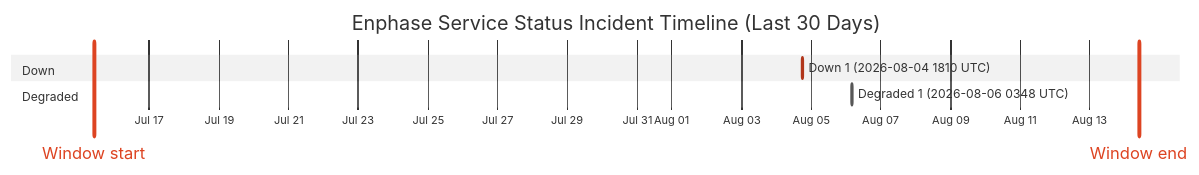
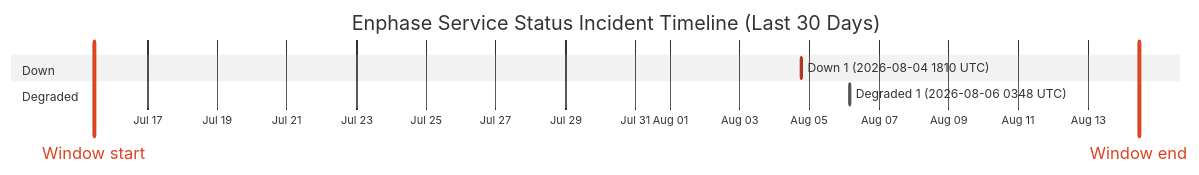
Before and after one commit to barneyonline/ha-enphase-energy: the diagram in wiki/Service-Status-History.md, drawn with Mermaid (neutral theme). The commit also changed other lines of this file and 3 other files, not shown here.

````diff
--- a/wiki/Service-Status-History.md
+++ b/wiki/Service-Status-History.md
@@ -14,12 +14,12 @@
 ```mermaid
 gantt
     title Enphase Service Status Incident Timeline (Last 30 Days)
     dateFormat  YYYY-MM-DDTHH:mm:ss
     axisFormat  %b %d
-    Window start :vert, window-start, 2026-07-15T09:58:37, 0ms
-    Window end :vert, window-end, 2026-08-14T09:58:37, 0ms
+    Window start :vert, window-start, 2026-07-15T11:02:36, 0ms
+    Window end :vert, window-end, 2026-08-14T11:02:36, 0ms
     section Down
     Down 1 (2026-08-04 1810 UTC) :crit, down-1, 2026-08-04T18:10:46, 60m
     section Degraded
     Degraded 1 (2026-08-06 0348 UTC) :active, degraded-1, 2026-08-06T03:48:14, 60m
 ```
````
